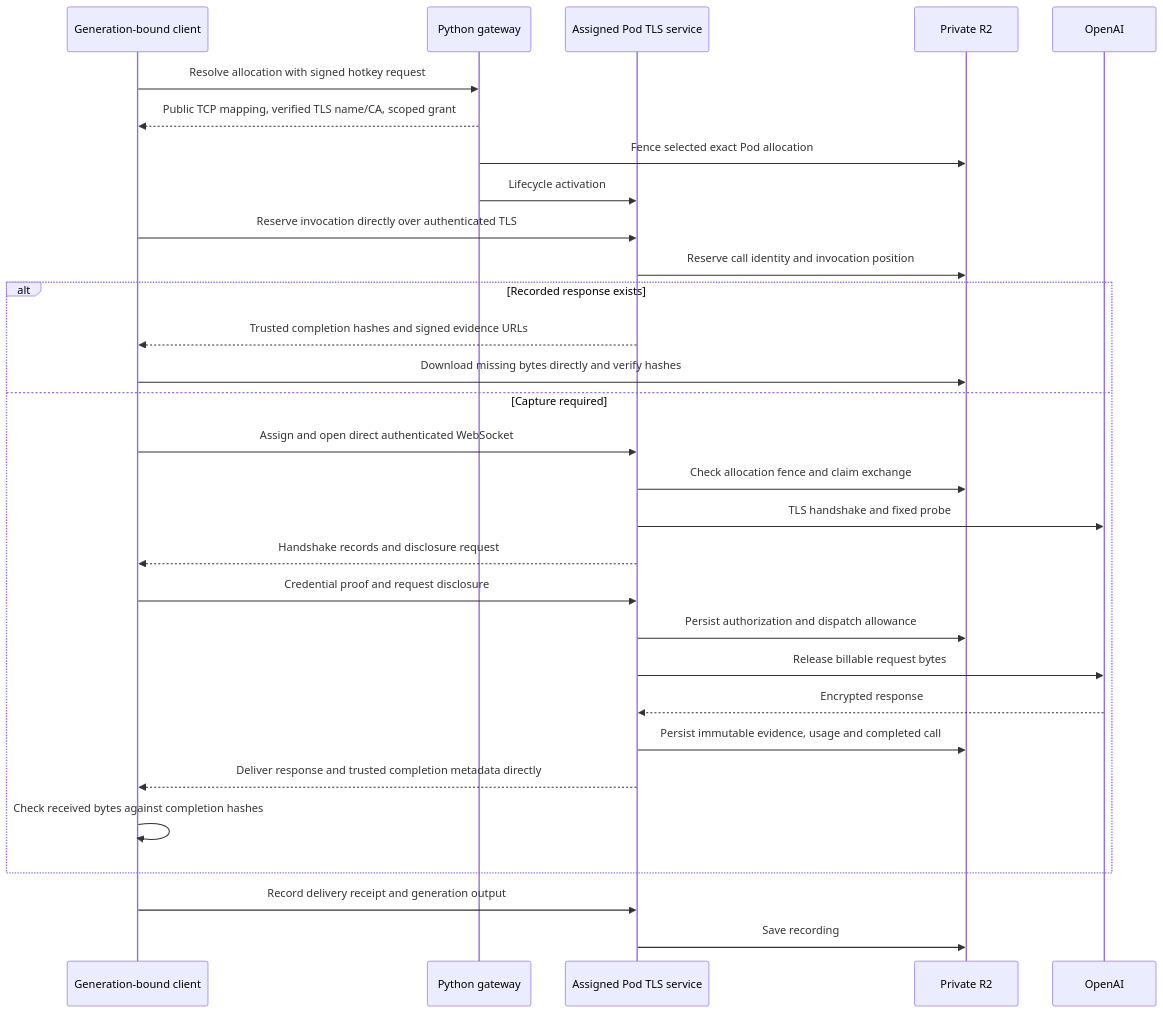
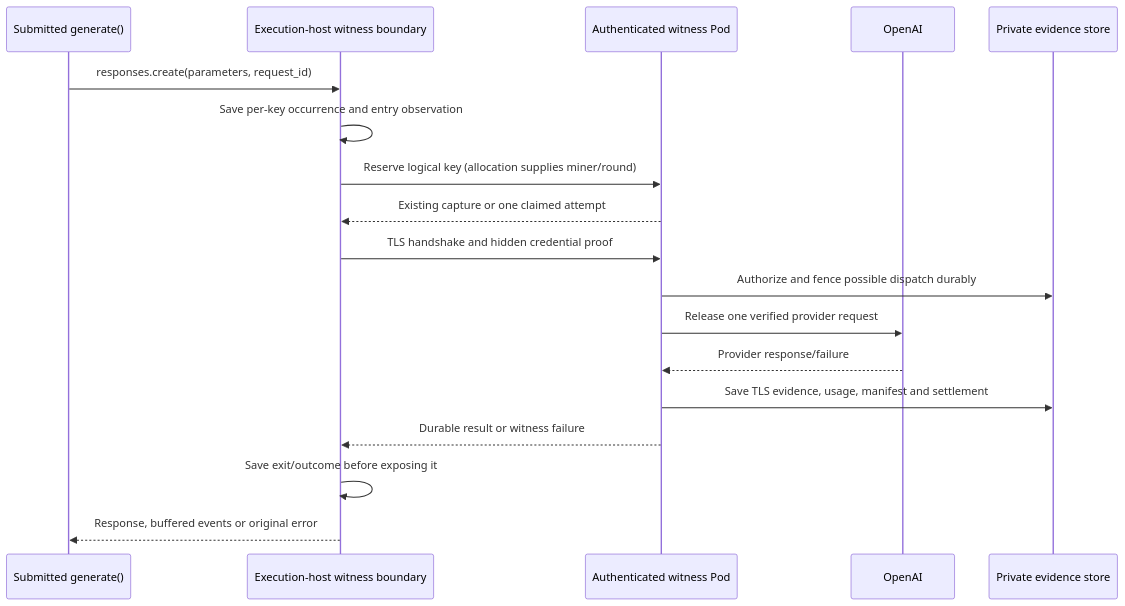
The first of 2 diagrams in witness-client/SEQUENCE.md (404-Repo/404-gen-subnet), drawn with Mermaid before and after one commit. The commit also changed other lines of this file and 75 other files, not shown here.

````diff
--- a/witness-client/SEQUENCE.md
+++ b/witness-client/SEQUENCE.md
@@ -8,32 +3,20 @@
 ```mermaid
 sequenceDiagram
-    participant M as Generation-bound client
-    participant G as Python gateway
-    participant W as Assigned Pod TLS service
-    participant R as Private R2
-    participant O as OpenAI
-    M->>G: Resolve allocation with signed hotkey request
-    G-->>M: Public TCP mapping, verified TLS name/CA, scoped grant
-    G->>R: Fence selected exact Pod allocation
-    G->>W: Lifecycle activation
-    M->>W: Reserve invocation directly over authenticated TLS
-    W->>R: Reserve call identity and invocation position
-    alt Recorded response exists
-        W-->>M: Trusted completion hashes and signed evidence URLs
-        M->>R: Download missing bytes directly and verify hashes
-    else Capture required
-        M->>W: Assign and open direct authenticated WebSocket
-        W->>R: Check allocation fence and claim exchange
-        W->>O: TLS handshake and fixed probe
-        W-->>M: Handshake records and disclosure request
-        M->>W: Credential proof and request disclosure
-        W->>R: Persist authorization and dispatch allowance
-        W->>O: Release billable request bytes
-        O-->>W: Encrypted response
-        W->>R: Persist immutable evidence, usage and completed call
-        W-->>M: Deliver response and trusted completion metadata directly
-        M->>M: Check received bytes against completion hashes
-    end
-    M->>W: Record delivery receipt and generation output
-    W->>R: Save recording
+    participant M as Submitted generate()
+    participant H as Execution-host witness boundary
+    participant W as Authenticated witness Pod
+    participant P as OpenAI
+    participant R as Private evidence store
+    M->>H: responses.create(parameters, request_id)
+    H->>H: Save per-key occurrence and entry observation
+    H->>W: Reserve logical key (allocation supplies miner/round)
+    W-->>H: Existing capture or one claimed attempt
+    H->>W: TLS handshake and hidden credential proof
+    W->>R: Authorize and fence possible dispatch durably
+    W->>P: Release one verified provider request
+    P-->>W: Provider response/failure
+    W->>R: Save TLS evidence, usage, manifest and settlement
+    W-->>H: Durable result or witness failure
+    H->>H: Save exit/outcome before exposing it
+    H-->>M: Response, buffered events or original error
 ```
````
